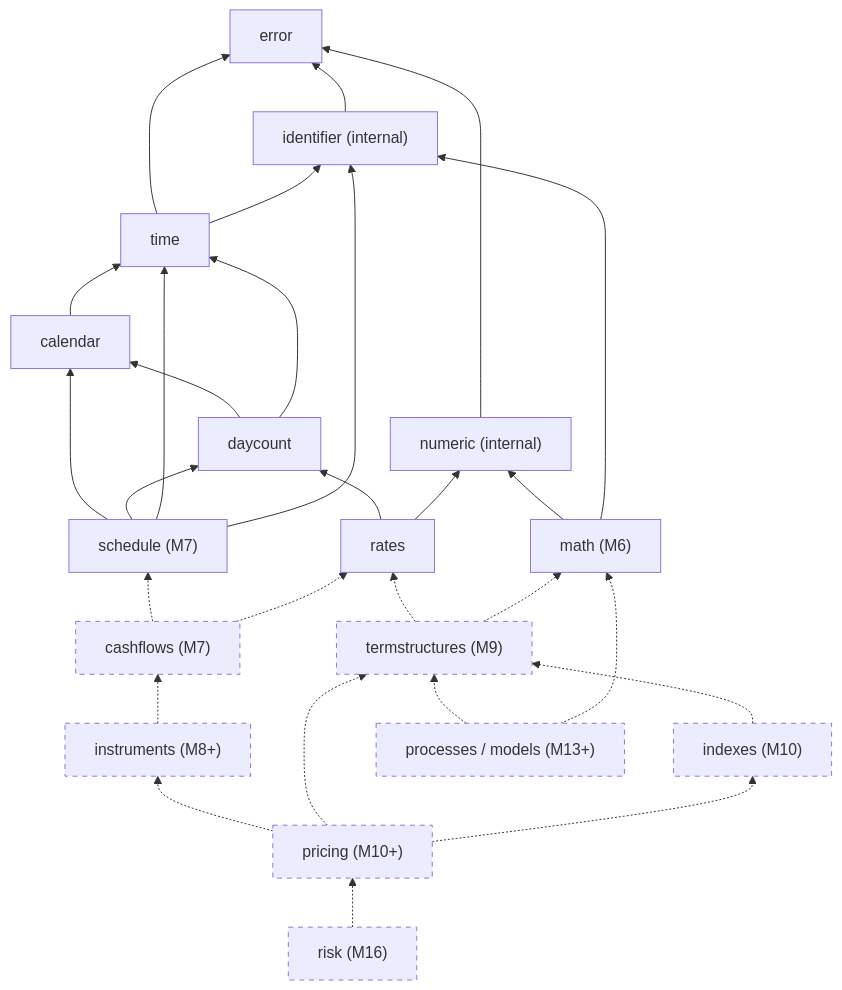
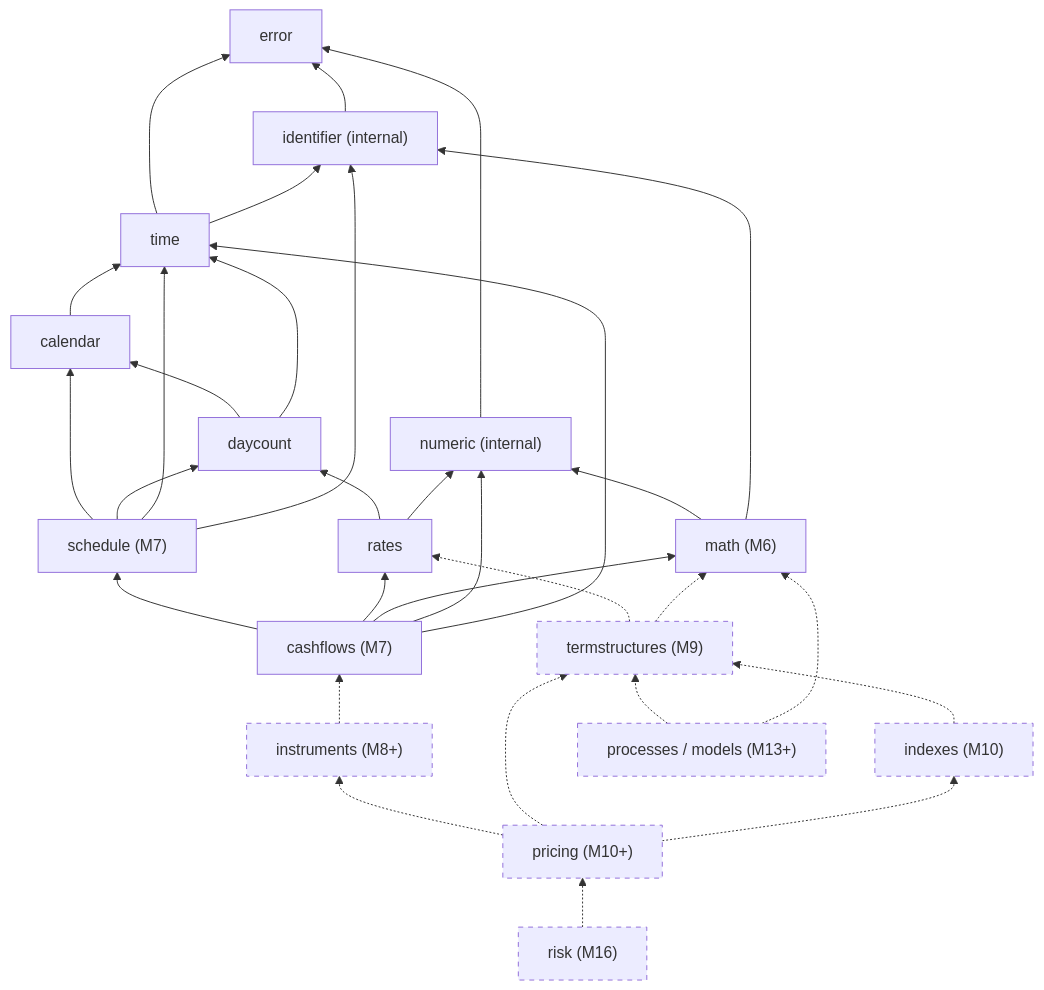
One commit to iceman951/sabiquant changed the diagram in docs/ARCHITECTURE.md. Above: the diagram before and after it, drawn with Mermaid. The commit also changed other lines of this file and 27 other files, not shown here.

First line of the commit message:
feat: add bounded analytical cash flows and fixed coupons

````diff
--- a/docs/ARCHITECTURE.md
+++ b/docs/ARCHITECTURE.md
@@ -203,48 +208,51 @@
 ```mermaid
 flowchart BT
   error["error"]
   numeric["numeric (internal)"]
   identifier["identifier (internal)"]
   time["time"]
   calendar["calendar"]
   daycount["daycount"]
   rates["rates"]
   math["math (M6)"]
   schedule["schedule (M7)"]
   cashflows["cashflows (M7)"]
   ts["termstructures (M9)"]
   indexes["indexes (M10)"]
   instruments["instruments (M8+)"]
   pricing["pricing (M10+)"]
   processes["processes / models (M13+)"]
   risk["risk (M16)"]
   numeric --> error
   identifier --> error
   time --> error
   time --> identifier
   calendar --> time
   daycount --> calendar
   daycount --> time
   rates --> daycount
   rates --> numeric
   math --> numeric
   math --> identifier
   schedule --> calendar
   schedule --> daycount
   schedule --> time
   schedule --> identifier
-  cashflows -.-> schedule
-  cashflows -.-> rates
+  cashflows --> schedule
+  cashflows --> rates
+  cashflows --> math
+  cashflows --> numeric
+  cashflows --> time
   ts -.-> rates
   ts -.-> math
   indexes -.-> ts
   instruments -.-> cashflows
   pricing -.-> instruments
   pricing -.-> ts
   pricing -.-> indexes
   processes -.-> ts
   processes -.-> math
   risk -.-> pricing
   classDef future stroke-dasharray: 5 5;
-  class cashflows,ts,indexes,instruments,pricing,processes,risk future;
+  class ts,indexes,instruments,pricing,processes,risk future;
 ```
````
